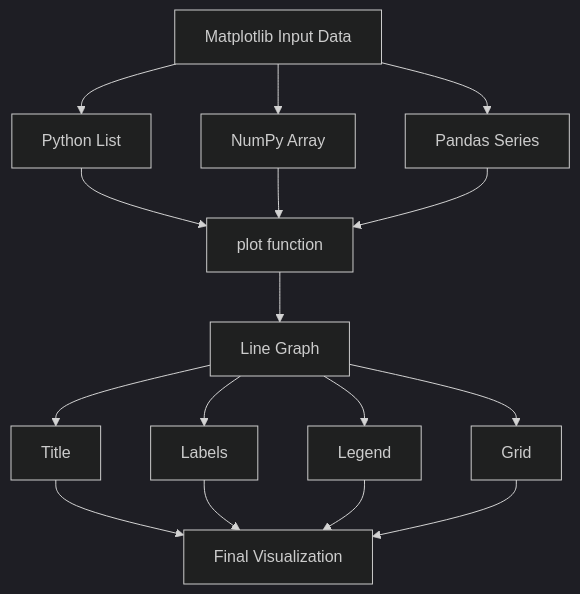
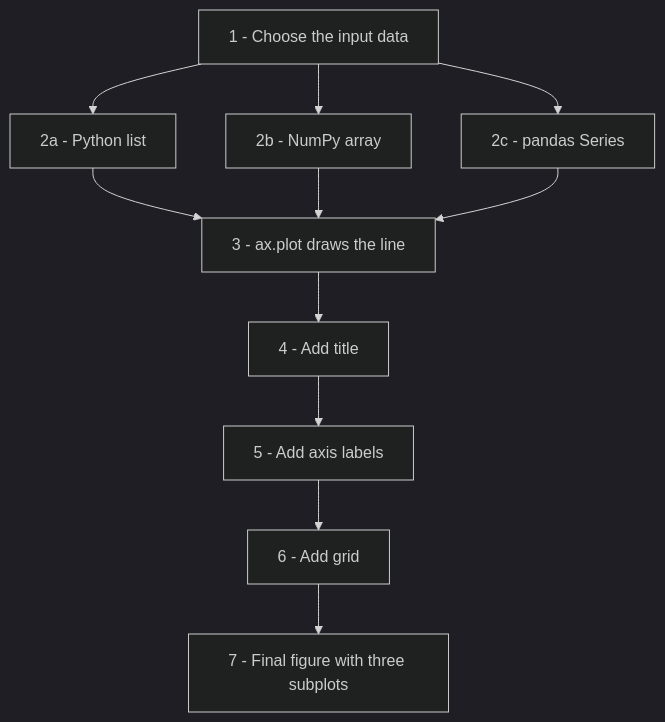
Before and after one commit to ag999git/001-mkdocs: the second of 6 diagrams in docs/15-matplotlib/080-ch15-scripting-qa.md, drawn with Mermaid (dark theme). The commit also changed other lines of this file, not shown here.

````diff
--- a/docs/15-matplotlib/080-ch15-scripting-qa.md
+++ b/docs/15-matplotlib/080-ch15-scripting-qa.md
@@ -437,26 +772,14 @@
 ```mermaid
 flowchart TD
-
-A["Matplotlib Input Data"]
-
-A --> B["Python List"]
-A --> C["NumPy Array"]
-A --> D["Pandas Series"]
-
-B --> E["plot function"]
-C --> E
-D --> E
-
-E --> F["Line Graph"]
-
-F --> G["Title"]
-F --> H["Labels"]
-F --> I["Legend"]
-F --> J["Grid"]
-
-G --> K["Final Visualization"]
-H --> K
-I --> K
-J --> K
-
+    A[1 - Choose the input data]
+    A --> B[2a - Python list]
+    A --> C[2b - NumPy array]
+    A --> D[2c - pandas Series]
+    B --> E[3 - ax.plot draws the line]
+    C --> E
+    D --> E
+    E --> F[4 - Add title]
+    F --> G[5 - Add axis labels]
+    G --> H[6 - Add grid]
+    H --> I[7 - Final figure with three subplots]
 ```
````
